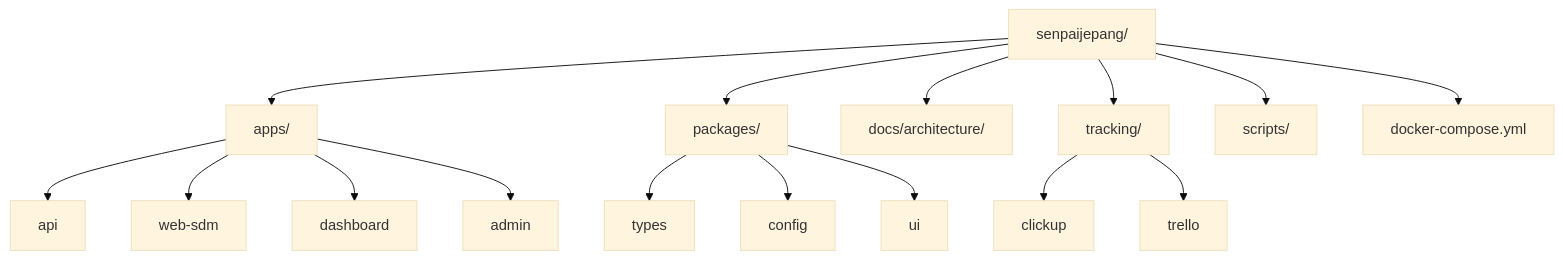
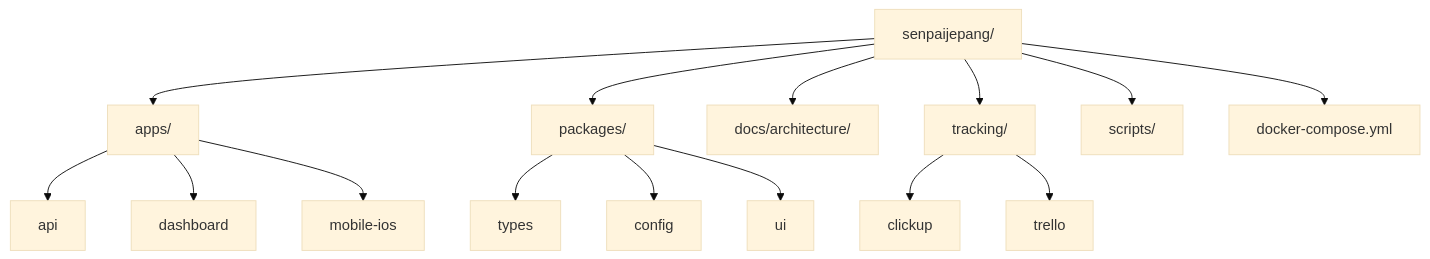
One commit to isha93/senpaijepang changed the second of 3 diagrams in README.md. Above: the diagram before and after it, drawn with Mermaid (base theme). The commit also changed other lines of this file and 17 other files, not shown here.

````diff
--- a/README.md
+++ b/README.md
@@ -107,21 +107,20 @@
 ```mermaid
 graph TD
     ROOT[senpaijepang/] --> APPS[apps/]
     ROOT --> PKGS[packages/]
     ROOT --> DOCS[docs/architecture/]
     ROOT --> TRACK[tracking/]
     ROOT --> SCRIPTS[scripts/]
     ROOT --> INFRA[docker-compose.yml]
 
     APPS --> API[api]
-    APPS --> WEBSDM[web-sdm]
     APPS --> DASH[dashboard]
-    APPS --> ADMIN[admin]
+    APPS --> MOBI[mobile-ios]
 
     PKGS --> TYPES[types]
     PKGS --> CONFIG[config]
     PKGS --> UI[ui]
 
     TRACK --> CLICKUP[clickup]
     TRACK --> TRELLO[trello]
 ```
````
